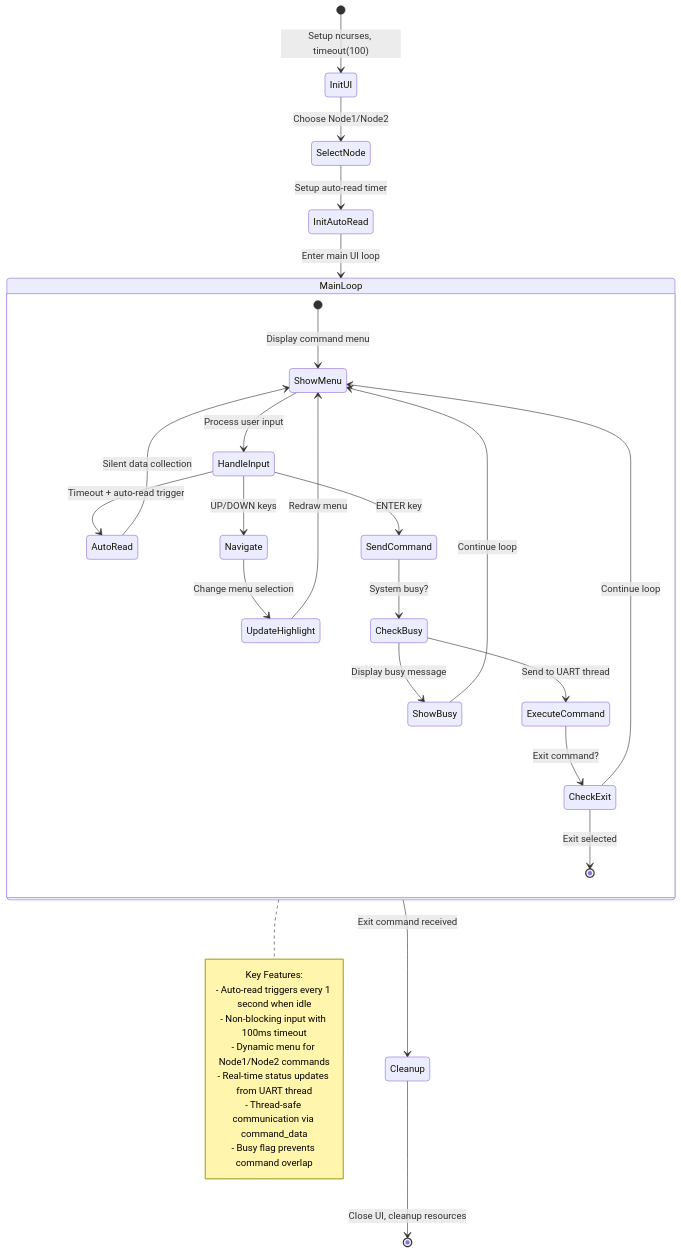
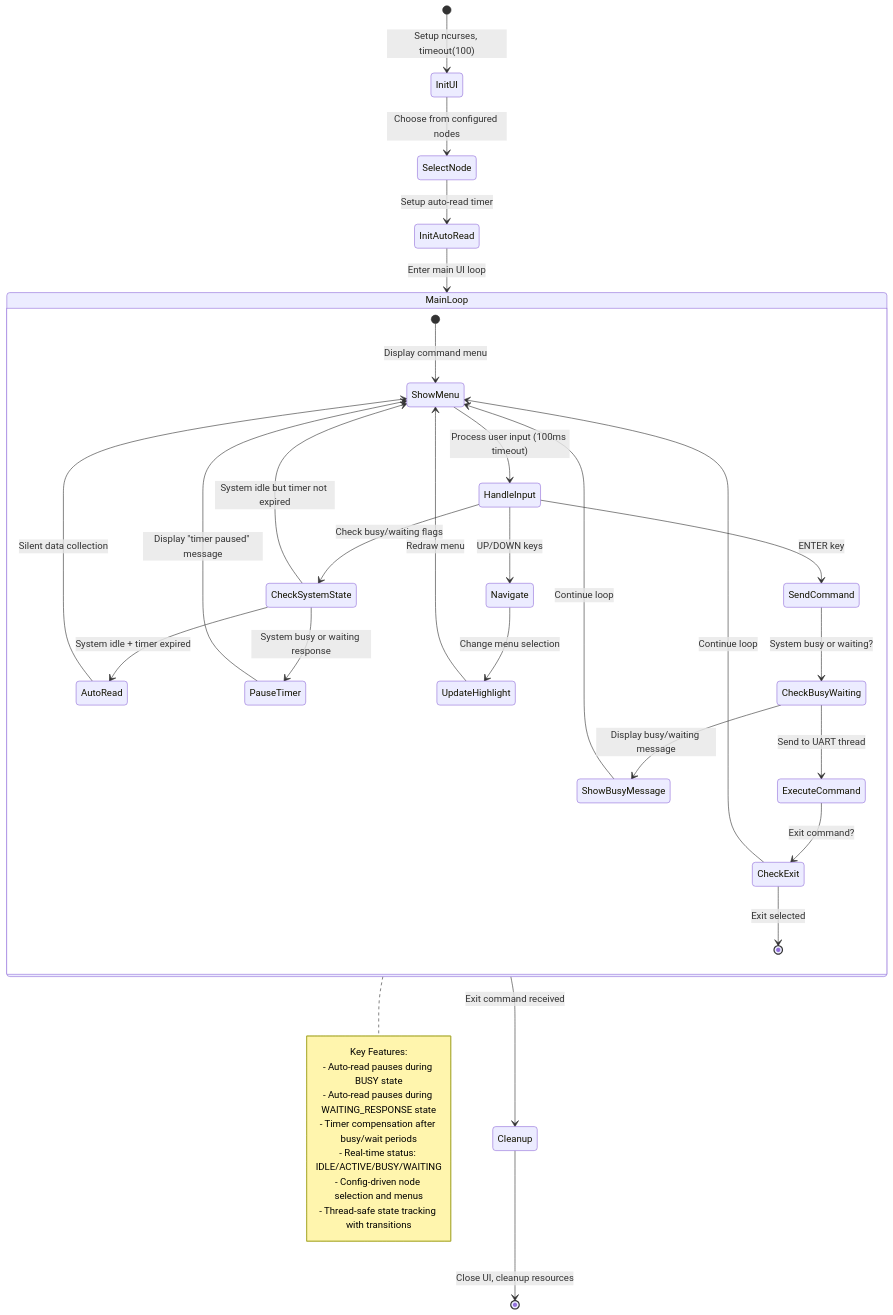
One commit to hongthiennhan/DATN_Gateway changed the second of 4 diagrams in README.md. Above: the diagram before and after it, drawn with Mermaid. The commit also changed other lines of this file, not shown here.

````diff
--- a/README.md
+++ b/README.md
@@ -20,42 +20,47 @@
 ```mermaid
 stateDiagram-v2
     [*] --> InitUI: Setup ncurses, timeout(100)
-    InitUI --> SelectNode: Choose Node1/Node2
+    InitUI --> SelectNode: Choose from configured nodes
     SelectNode --> InitAutoRead: Setup auto-read timer
     InitAutoRead --> MainLoop: Enter main UI loop
     
     state MainLoop {
         [*] --> ShowMenu: Display command menu
-        ShowMenu --> HandleInput: Process user input
+        ShowMenu --> HandleInput: Process user input (100ms timeout)
         
-        HandleInput --> AutoRead: Timeout + auto-read trigger
+        HandleInput --> CheckSystemState: Check busy/waiting flags
         HandleInput --> Navigate: UP/DOWN keys
         HandleInput --> SendCommand: ENTER key
         
+        CheckSystemState --> AutoRead: System idle + timer expired
+        CheckSystemState --> PauseTimer: System busy or waiting response
+        CheckSystemState --> ShowMenu: System idle but timer not expired
+        
+        PauseTimer --> ShowMenu: Display "timer paused" message
         AutoRead --> ShowMenu: Silent data collection
         Navigate --> UpdateHighlight: Change menu selection
         UpdateHighlight --> ShowMenu: Redraw menu
         
-        SendCommand --> CheckBusy: System busy?
-        CheckBusy --> ShowBusy: Display busy message
-        CheckBusy --> ExecuteCommand: Send to UART thread
+        SendCommand --> CheckBusyWaiting: System busy or waiting?
+        CheckBusyWaiting --> ShowBusyMessage: Display busy/waiting message
+        CheckBusyWaiting --> ExecuteCommand: Send to UART thread
         
-        ShowBusy --> ShowMenu: Continue loop
+        ShowBusyMessage --> ShowMenu: Continue loop
         ExecuteCommand --> CheckExit: Exit command?
         CheckExit --> ShowMenu: Continue loop
         CheckExit --> [*]: Exit selected
     }
     
     MainLoop --> Cleanup: Exit command received
     Cleanup --> [*]: Close UI, cleanup resources
     
     note right of MainLoop
         Key Features:
-        - Auto-read triggers every 1 second when idle
-        - Non-blocking input with 100ms timeout
-        - Dynamic menu for Node1/Node2 commands
-        - Real-time status updates from UART thread
-        - Thread-safe communication via command_data
-        - Busy flag prevents command overlap
+        - Auto-read pauses during BUSY state
+        - Auto-read pauses during WAITING_RESPONSE state
+        - Timer compensation after busy/wait periods
+        - Real-time status: IDLE/ACTIVE/BUSY/WAITING
+        - Config-driven node selection and menus
+        - Thread-safe state tracking with transitions
     end note
 ```
````
